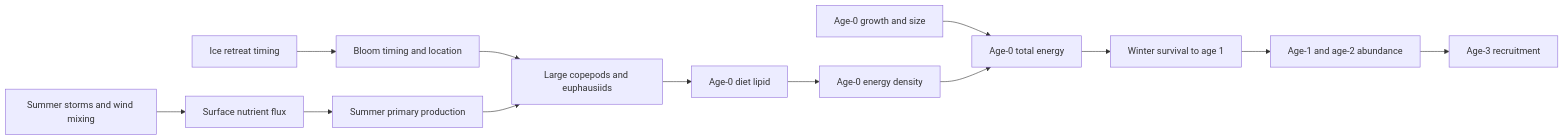
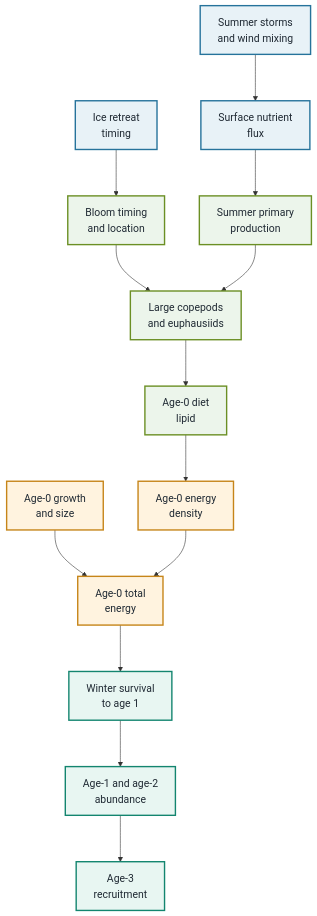
Before and after one commit to afsc-assessments/ebswp_esp: the first of 4 diagrams in dags.qmd, drawn with Mermaid. The commit also changed other lines of this file and 6 other files, not shown here.

````diff
--- a/dags.qmd
+++ b/dags.qmd
@@ -12,15 +26,25 @@
 ```{mermaid}
-flowchart LR
-  ICE["Ice retreat timing"] --> BLOOM["Bloom timing and location"]
-  WIND["Summer storms and wind mixing"] --> NUT["Surface nutrient flux"]
-  NUT --> PP["Summer primary production"]
-  BLOOM --> LZOO["Large copepods and euphausiids"]
+%%{init: {"flowchart": {"htmlLabels": true, "nodeSpacing": 60, "rankSpacing": 80, "curve": "basis"}, "themeVariables": {"fontSize": "18px", "fontFamily": "Arial, sans-serif"}} }%%
+flowchart TB
+  ICE["Ice retreat<br/>timing"] --> BLOOM["Bloom timing<br/>and location"]
+  WIND["Summer storms<br/>and wind mixing"] --> NUT["Surface nutrient<br/>flux"]
+  NUT --> PP["Summer primary<br/>production"]
+  BLOOM --> LZOO["Large copepods<br/>and euphausiids"]
   PP --> LZOO
-  LZOO --> DIET["Age-0 diet lipid"]
-  DIET --> ED["Age-0 energy density"]
-  GROW["Age-0 growth and size"] --> TE["Age-0 total energy"]
+  LZOO --> DIET["Age-0 diet<br/>lipid"]
+  DIET --> ED["Age-0 energy<br/>density"]
+  GROW["Age-0 growth<br/>and size"] --> TE["Age-0 total<br/>energy"]
   ED --> TE
-  TE --> WINS["Winter survival to age 1"]
-  WINS --> A12["Age-1 and age-2 abundance"]
-  A12 --> R3["Age-3 recruitment"]
+  TE --> WINS["Winter survival<br/>to age 1"]
+  WINS --> A12["Age-1 and age-2<br/>abundance"]
+  A12 --> R3["Age-3<br/>recruitment"]
+
+  classDef forcing fill:#e8f2f7,stroke:#26739b,stroke-width:2.4px,color:#1f2933;
+  classDef production fill:#ecf5eb,stroke:#6b8f24,stroke-width:2.4px,color:#1f2933;
+  classDef condition fill:#fff3df,stroke:#c68519,stroke-width:2.4px,color:#1f2933;
+  classDef survival fill:#e8f6f2,stroke:#13856f,stroke-width:2.4px,color:#1f2933;
+  class ICE,WIND,NUT forcing;
+  class BLOOM,PP,LZOO,DIET production;
+  class GROW,ED,TE condition;
+  class WINS,A12,R3 survival;
 ```
````
